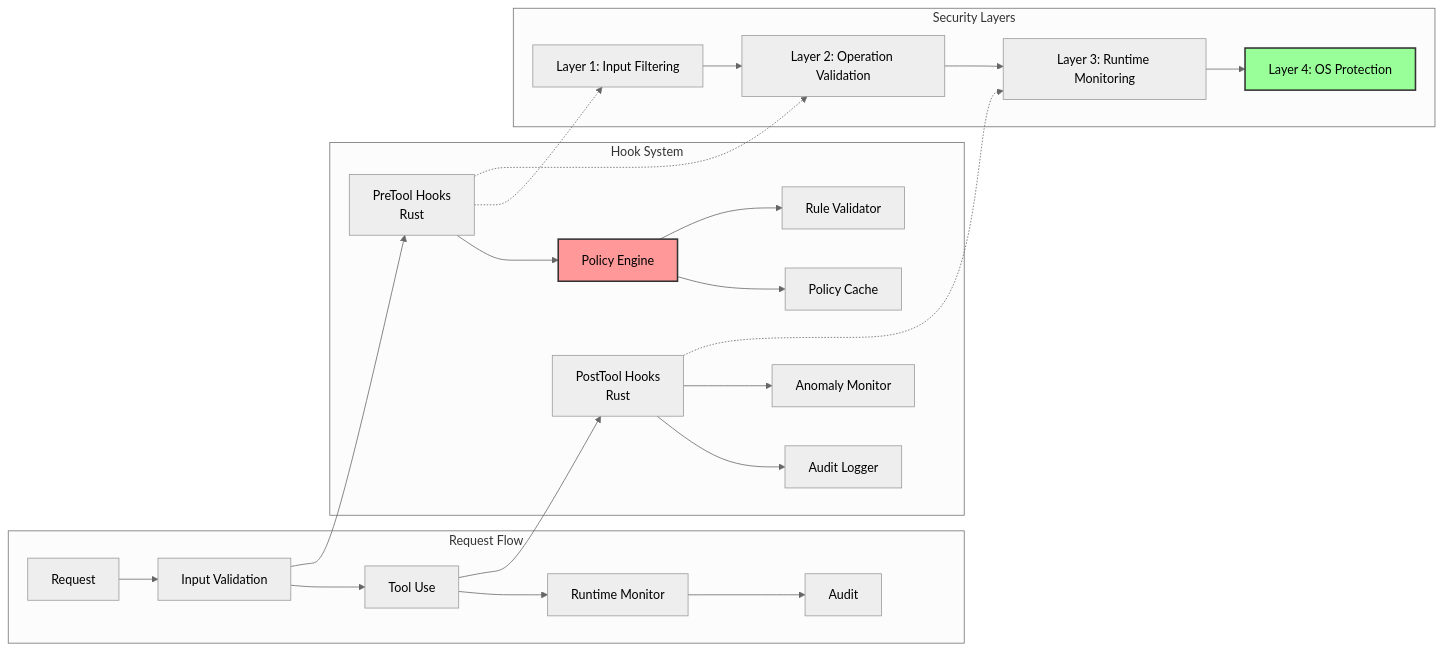
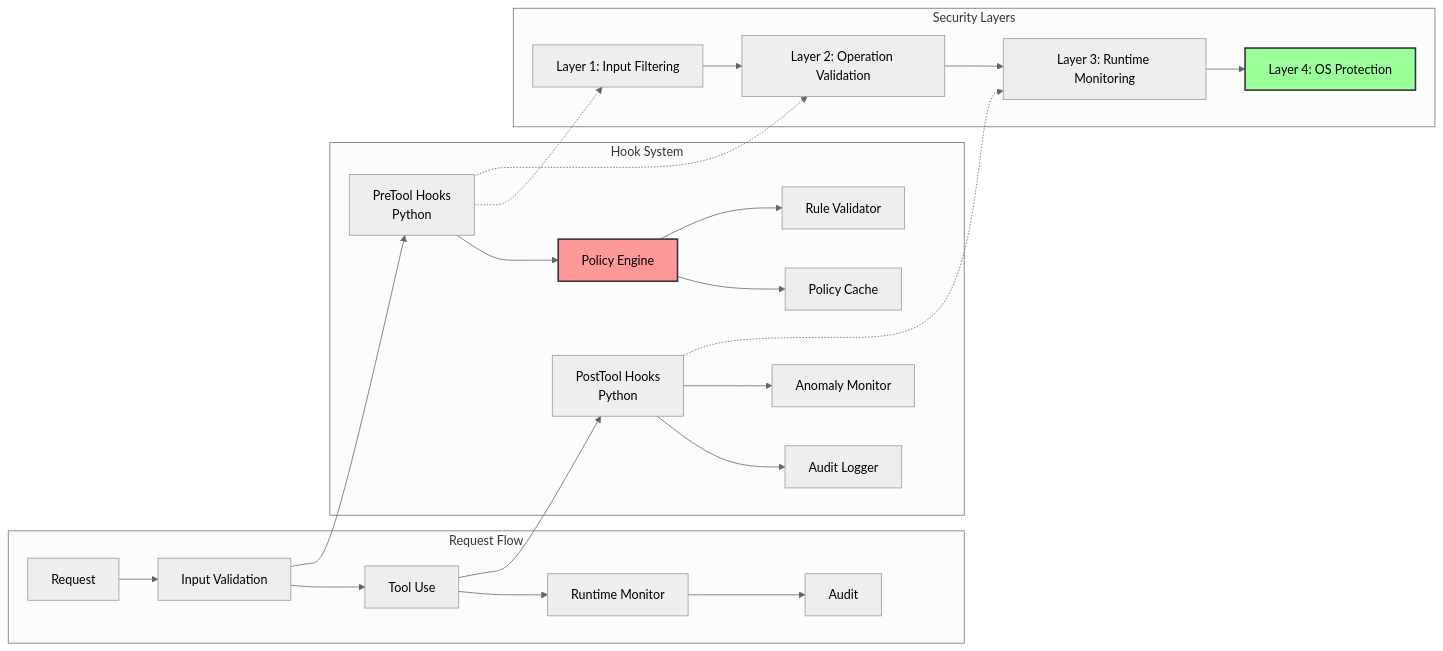
The third of 9 diagrams in docs/architecture/diagrams/MAOS-Architecture-Diagrams.md (clafollett/maos), drawn with Mermaid (neutral theme) before and after one commit. The commit also changed other lines of this file, not shown here.

Commit message:
fix: update architecture diagrams from Rust to Python
- Changed 'Security Hooks Rust' to 'Security Hooks Python'
- Updated 'PreTool/PostTool Hooks Rust' to Python versions
- Adjusted performance metrics (~1-5ms to ~5-20ms for Python)

Addresses review comments on PR #28

````diff
--- a/docs/architecture/diagrams/MAOS-Architecture-Diagrams.md
+++ b/docs/architecture/diagrams/MAOS-Architecture-Diagrams.md
@@ -102,39 +102,39 @@
 ```mermaid
 graph LR
     subgraph "Request Flow"
         R[Request] --> IV[Input Validation]
         IV --> TU[Tool Use]
         TU --> RM[Runtime Monitor]
         RM --> AU[Audit]
     end
     
     subgraph "Hook System"
-        IV --> PRE[PreTool Hooks<br/>Rust]
-        TU --> POST[PostTool Hooks<br/>Rust]
+        IV --> PRE[PreTool Hooks<br/>Python]
+        TU --> POST[PostTool Hooks<br/>Python]
         
         PRE --> PE[Policy Engine]
         PE --> PC[Policy Cache]
         PE --> RV[Rule Validator]
         
         POST --> AL[Audit Logger]
         POST --> AM[Anomaly Monitor]
     end
     
     subgraph "Security Layers"
         L1[Layer 1: Input Filtering]
         L2[Layer 2: Operation Validation]
         L3[Layer 3: Runtime Monitoring]
         L4[Layer 4: OS Protection]
         
         L1 --> L2
         L2 --> L3
         L3 --> L4
     end
     
     PRE -.-> L1
     PRE -.-> L2
     POST -.-> L3
     
     style PE fill:#f99,stroke:#333,stroke-width:2px
     style L4 fill:#9f9,stroke:#333,stroke-width:2px
 ```
````
